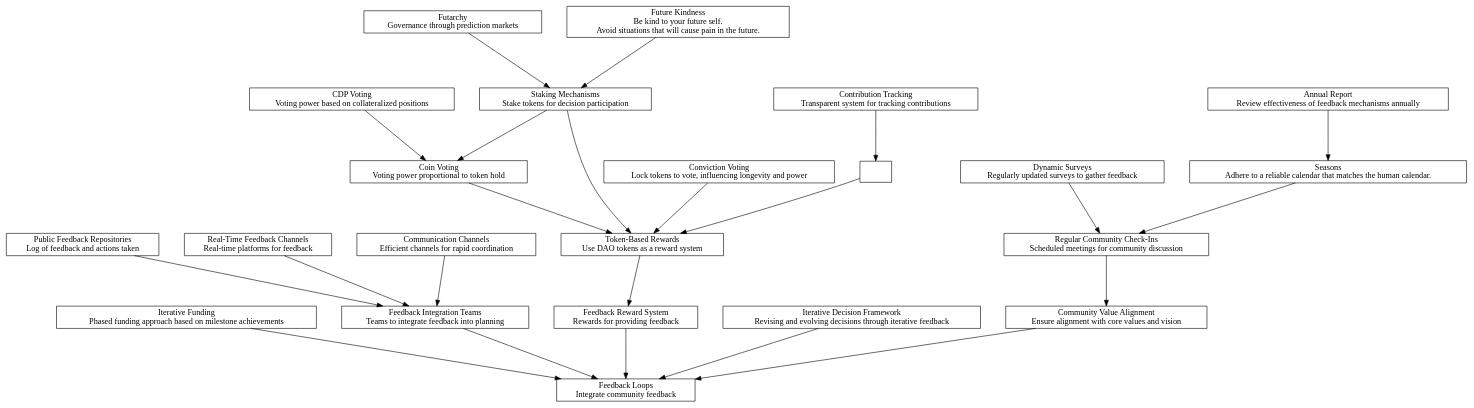
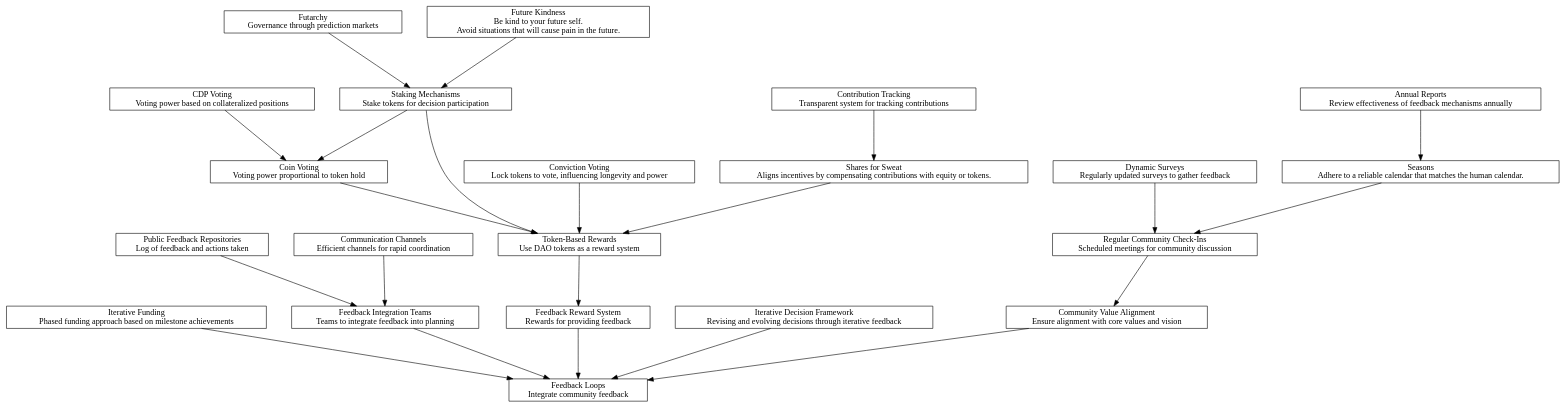
The diagram in content/patterns/output/feedback_loops_all_predecessors_graph.dot (icdevsorg/icdevs_dao_lang), drawn with Graphviz before and after one commit. The commit also changed 392 other files, not shown here.

```diff
--- a/content/patterns/output/feedback_loops_all_predecessors_graph.dot
+++ b/content/patterns/output/feedback_loops_all_predecessors_graph.dot
@@ -1,53 +1,51 @@
 digraph "" {
 	graph [nodesep=0.6,
 		rankdir=TB,
 		ranksep=1.2
 	];
 	node [label="\N",
 		shape=box
 	];
 	"Feedback Loops"	[label="Feedback Loops\nIntegrate community feedback"];
 	"Iterative Funding"	[label="Iterative Funding\nPhased funding approach based on milestone achievements"];
 	"Iterative Funding" -> "Feedback Loops";
 	"Feedback Integration Teams"	[label="Feedback Integration Teams\nTeams to integrate feedback into planning"];
 	"Feedback Integration Teams" -> "Feedback Loops";
 	"Feedback Reward System"	[label="Feedback Reward System\nRewards for providing feedback"];
 	"Feedback Reward System" -> "Feedback Loops";
 	"Iterative Decision Framework"	[label="Iterative Decision Framework\nRevising and evolving decisions through iterative feedback"];
 	"Iterative Decision Framework" -> "Feedback Loops";
 	"Community Value Alignment"	[label="Community Value Alignment\nEnsure alignment with core values and vision"];
 	"Community Value Alignment" -> "Feedback Loops";
 	"Regular Community Check-Ins"	[label="Regular Community Check-Ins\nScheduled meetings for community discussion"];
 	"Regular Community Check-Ins" -> "Community Value Alignment";
 	"Dynamic Surveys"	[label="Dynamic Surveys\nRegularly updated surveys to gather feedback"];
 	"Dynamic Surveys" -> "Regular Community Check-Ins";
 	Seasons	[label="Seasons\nAdhere to a reliable calendar that matches the human calendar.\n"];
 	Seasons -> "Regular Community Check-Ins";
-	"Annual Report"	[label="Annual Report\nReview effectiveness of feedback mechanisms annually"];
-	"Annual Report" -> Seasons;
+	"Annual Reports"	[label="Annual Reports\nReview effectiveness of feedback mechanisms annually"];
+	"Annual Reports" -> Seasons;
 	"Token-Based Rewards"	[label="Token-Based Rewards\nUse DAO tokens as a reward system"];
 	"Token-Based Rewards" -> "Feedback Reward System";
 	"Staking Mechanisms"	[label="Staking Mechanisms\nStake tokens for decision participation"];
 	"Staking Mechanisms" -> "Token-Based Rewards";
 	"Coin Voting"	[label="Coin Voting\nVoting power proportional to token hold"];
 	"Staking Mechanisms" -> "Coin Voting";
 	"Coin Voting" -> "Token-Based Rewards";
 	"Conviction Voting"	[label="Conviction Voting\nLock tokens to vote, influencing longevity and power"];
 	"Conviction Voting" -> "Token-Based Rewards";
-	"Shares for Sweat"	[label=""];
+	"Shares for Sweat"	[label="Shares for Sweat\nAligns incentives by compensating contributions with equity or tokens.\n"];
 	"Shares for Sweat" -> "Token-Based Rewards";
 	"Contribution Tracking"	[label="Contribution Tracking\nTransparent system for tracking contributions"];
 	"Contribution Tracking" -> "Shares for Sweat";
 	"CDP Voting"	[label="CDP Voting\nVoting power based on collateralized positions"];
 	"CDP Voting" -> "Coin Voting";
 	Futarchy	[label="Futarchy\nGovernance through prediction markets"];
 	Futarchy -> "Staking Mechanisms";
 	"Future Kindness"	[label="Future Kindness\nBe kind to your future self.\n Avoid situations that will cause pain in the future."];
 	"Future Kindness" -> "Staking Mechanisms";
 	"Public Feedback Repositories"	[label="Public Feedback Repositories\nLog of feedback and actions taken"];
 	"Public Feedback Repositories" -> "Feedback Integration Teams";
-	"Real-Time Feedback Channels"	[label="Real-Time Feedback Channels\nReal-time platforms for feedback"];
-	"Real-Time Feedback Channels" -> "Feedback Integration Teams";
 	"Communication Channels"	[label="Communication Channels\nEfficient channels for rapid coordination"];
 	"Communication Channels" -> "Feedback Integration Teams";
 }
```
